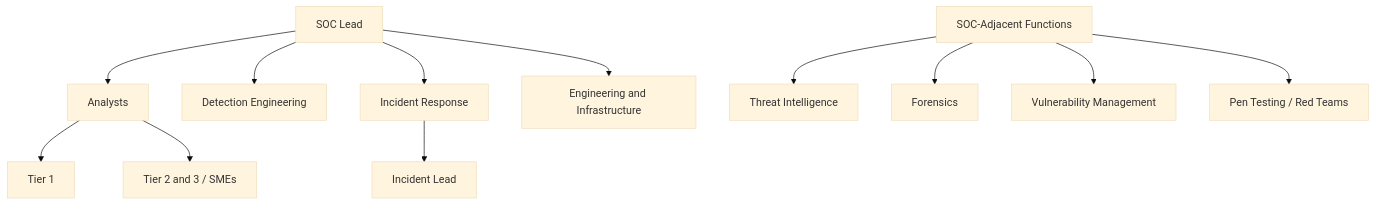
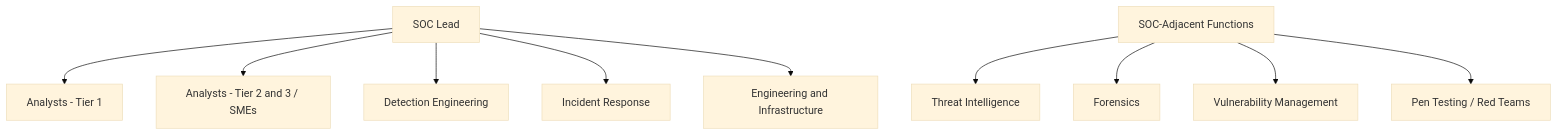
One commit to ammaryasser28/SEC450 changed the fourth of 8 diagrams in 450.1 - Blue Team Tools and Operation /SOC Overview.md. Above: the diagram before and after it, drawn with Mermaid (base theme). The commit also changed other lines of this file, not shown here.

Commit message:
Update SOC Overview.md

````diff
--- a/450.1 - Blue Team Tools and Operation /SOC Overview.md
+++ b/450.1 - Blue Team Tools and Operation /SOC Overview.md
@@ -246,14 +174,13 @@
 ```mermaid
 flowchart TD
-    A[SOC Lead] --> B[Analysts]
-    A --> C[Detection Engineering]
-    A --> D[Incident Response]
-    A --> E[Engineering and Infrastructure]
-    B --> B1[Tier 1]
-    B --> B2[Tier 2 and 3 / SMEs]
-    D --> D1[Incident Lead]
-    F[SOC-Adjacent Functions] --> G[Threat Intelligence]
-    F --> H[Forensics]
-    F --> I[Vulnerability Management]
-    F --> J[Pen Testing / Red Teams]
+    A[SOC Lead] --> B[Analysts - Tier 1]
+    A --> C[Analysts - Tier 2 and 3 / SMEs]
+    A --> D[Detection Engineering]
+    A --> E[Incident Response]
+    A --> F[Engineering and Infrastructure]
+    
+    G[SOC-Adjacent Functions] --> H[Threat Intelligence]
+    G --> I[Forensics]
+    G --> J[Vulnerability Management]
+    G --> K[Pen Testing / Red Teams]
 ```
````
